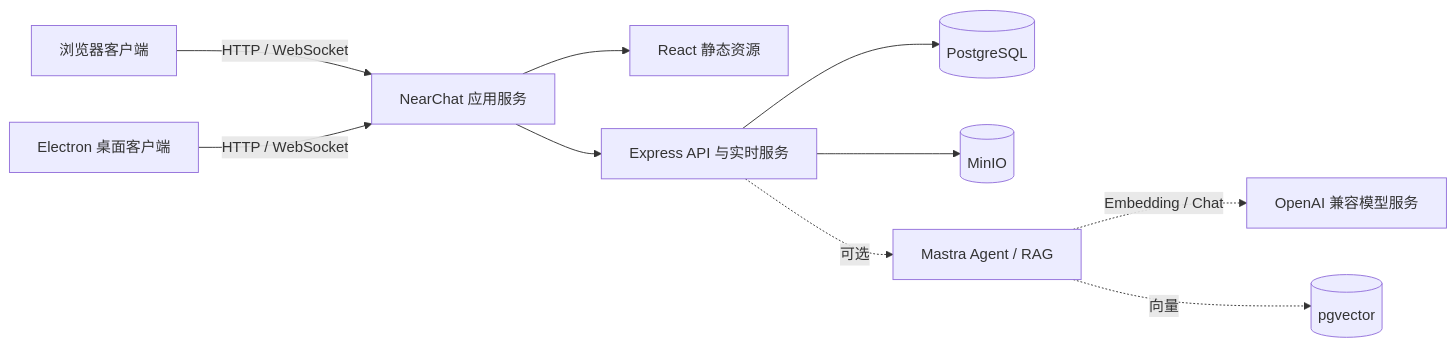
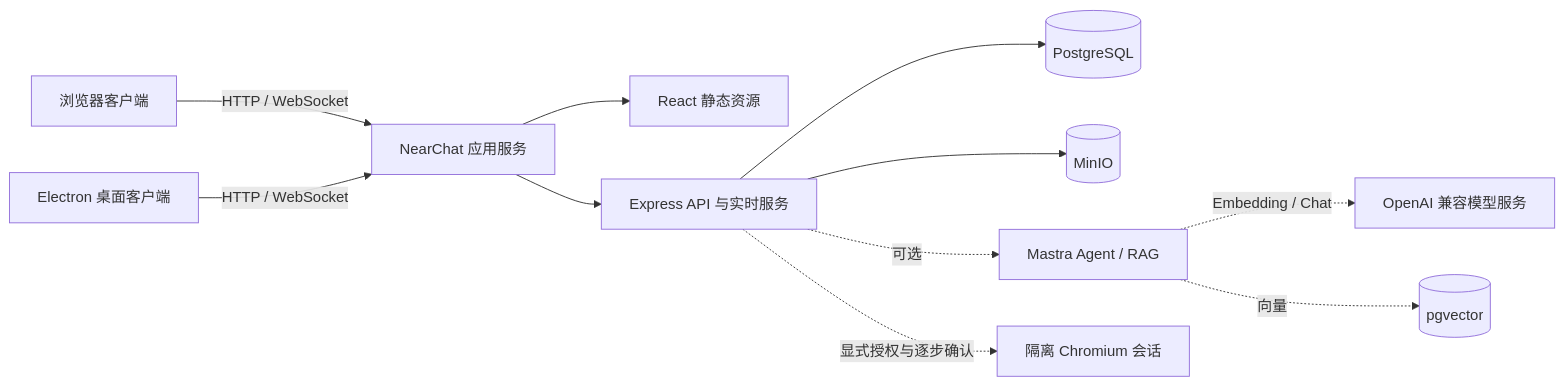
The diagram in README.md (fukang0611/near-chat), drawn with Mermaid before and after one commit. The commit also changed other lines of this file and 22 other files, not shown here.

````diff
--- a/README.md
+++ b/README.md
@@ -66,12 +66,13 @@
 ```mermaid
 flowchart LR
     Browser["浏览器客户端"] -->|HTTP / WebSocket| App["NearChat 应用服务"]
     Desktop["Electron 桌面客户端"] -->|HTTP / WebSocket| App
     App --> Web["React 静态资源"]
     App --> API["Express API 与实时服务"]
     API --> PG[(PostgreSQL)]
     API --> MinIO[(MinIO)]
     API -. 可选 .-> Mastra[Mastra Agent / RAG]
     Mastra -. Embedding / Chat .-> LLM[OpenAI 兼容模型服务]
     Mastra -. 向量 .-> PGVector[(pgvector)]
+    API -. 显式授权与逐步确认 .-> Chromium[隔离 Chromium 会话]
 ```
````
